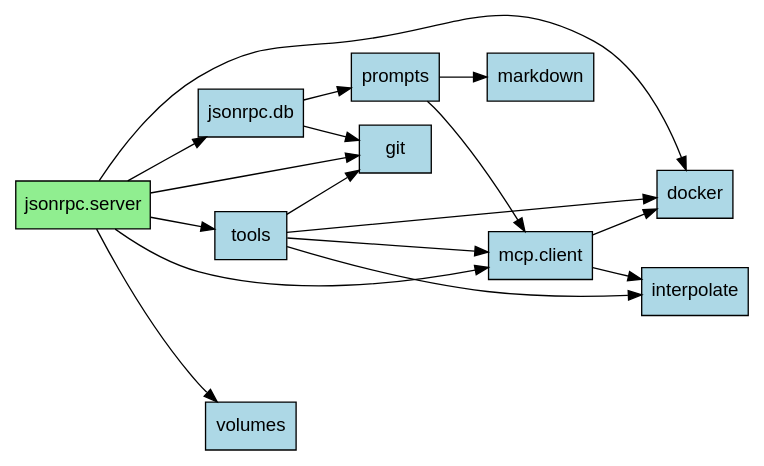
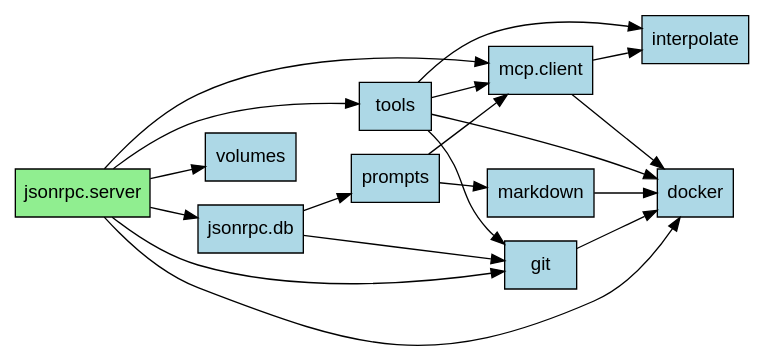
Before and after one commit to docker/labs-ai-tools-for-devs: the diagram in namespaces.dot, drawn with Graphviz.

Commit message:
Update namespaces graph

```diff
--- a/namespaces.dot
+++ b/namespaces.dot
@@ -1,46 +1,49 @@
 digraph G {
     // Graph settings
     rankdir=LR;  // Left to right layout
     node [shape=box, style=filled, fillcolor=lightblue, fontname="Arial"];
     edge [fontname="Arial", fontsize=10];
     
     // Main node
     "jsonrpc.server" [fillcolor=lightgreen];
     
     // Connected nodes
     "jsonrpc.db";
     "tools";
     "volumes";
     "mcp.client";
     "git";
     "docker";
     "interpolate";
     "prompts";
     "markdown";
     
     // Connections from jsonrpc.server to other nodes
     "jsonrpc.server" -> "jsonrpc.db";
     "jsonrpc.server" -> "tools";
     "jsonrpc.server" -> "volumes";
     "jsonrpc.server" -> "mcp.client";
     "jsonrpc.server" -> "git";
     "jsonrpc.server" -> "docker";
 
+    "git" -> "docker";
+    "markdown" -> "docker";
+
     // tools 
     "tools" -> "mcp.client";
     "tools" -> "interpolate";
     "tools" -> "docker";
     "tools" -> "git";
     
     // Additional connections from mcp.client
     "mcp.client" -> "docker";
     "mcp.client" -> "interpolate";
     
     // Additional connections from jsonrpc.db
     "jsonrpc.db" -> "git";
     "jsonrpc.db" -> "prompts";
     
     // Additional connections from prompts
     "prompts" -> "mcp.client";
     "prompts" -> "markdown";
 }
```
